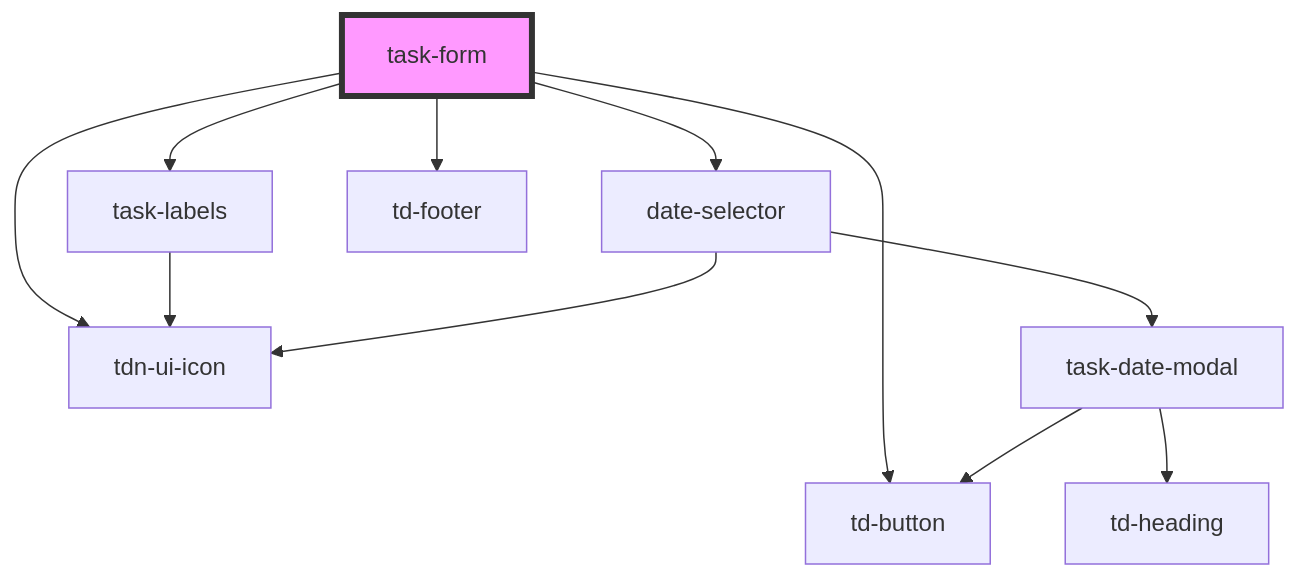
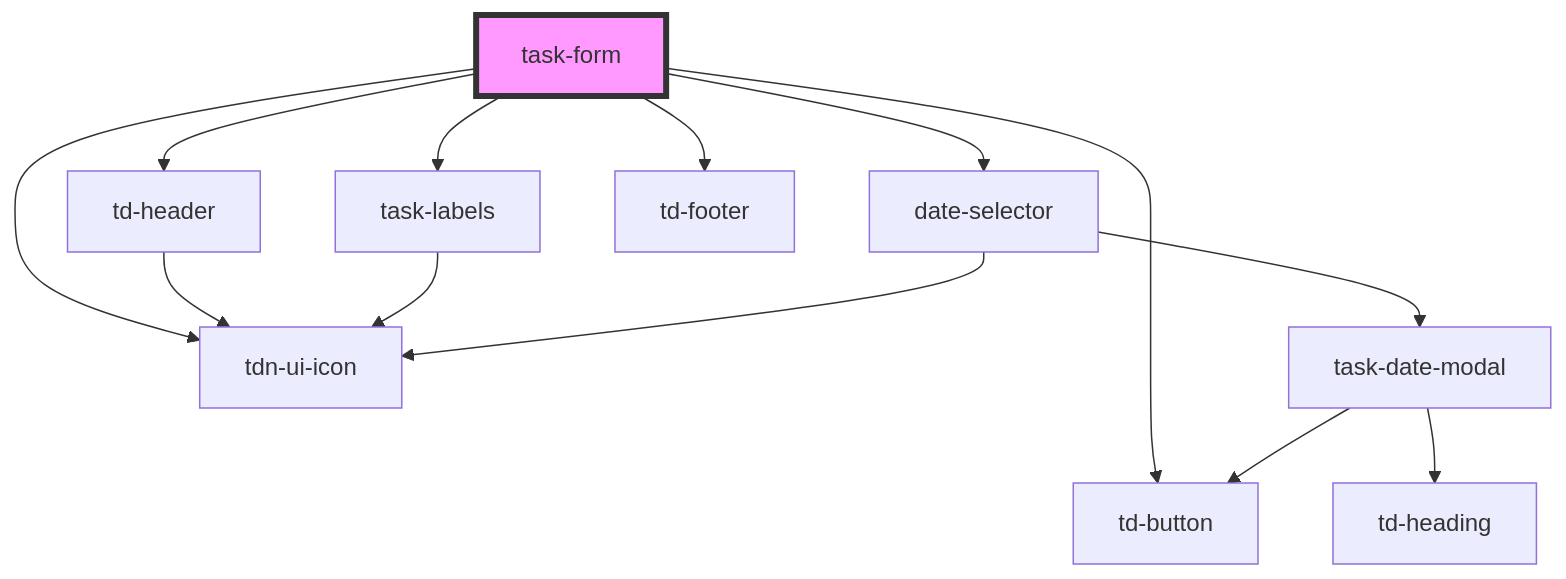
Before and after one commit to ajarana/to-done: the diagram in libs/ui/src/components/task-form/readme.md, drawn with Mermaid. The commit also changed other lines of this file and 24 other files, not shown here.

````diff
--- a/libs/ui/src/components/task-form/readme.md
+++ b/libs/ui/src/components/task-form/readme.md
@@ -36,14 +37,16 @@
 ```mermaid
 graph TD;
   task-form --> td-button
   task-form --> tdn-ui-icon
+  task-form --> td-header
   task-form --> task-labels
   task-form --> date-selector
   task-form --> td-footer
+  td-header --> tdn-ui-icon
   task-labels --> tdn-ui-icon
   date-selector --> tdn-ui-icon
   date-selector --> task-date-modal
   task-date-modal --> td-heading
   task-date-modal --> td-button
   style task-form fill:#f9f,stroke:#333,stroke-width:4px
 ```
````
